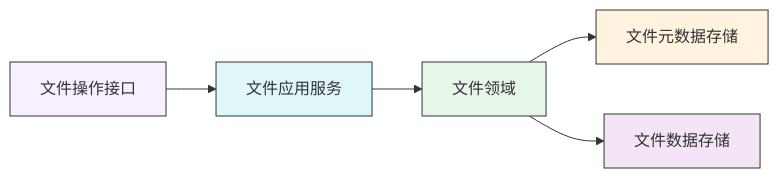
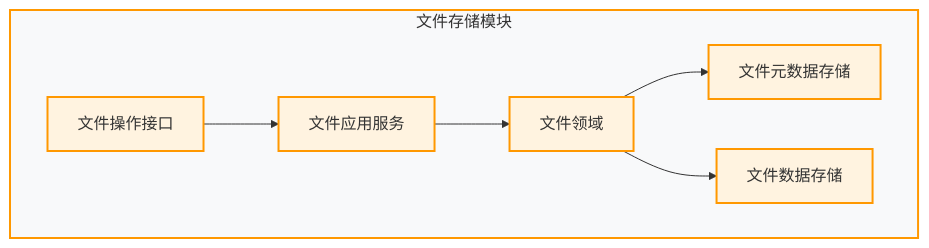
The seventh of 16 diagrams in docs/architecture.md (LeonColes/OSS-BackEnd), drawn with Mermaid before and after one commit. The commit also changed other lines of this file, not shown here.

````diff
--- a/docs/architecture.md
+++ b/docs/architecture.md
@@ -382,13 +437,18 @@
 ```mermaid
 flowchart LR
-    FI[文件操作接口] --> FS[文件应用服务]
-    FS --> FD[文件领域]
-    FD --> FM[文件元数据存储]
-    FD --> FDS[文件数据存储]
+    subgraph StorageModule[文件存储模块]
+        direction LR
+        FI[文件操作接口] --> FS[文件应用服务]
+        FS --> FD[文件领域]
+        FD --> FM[文件元数据存储]
+        FD --> FDS[文件数据存储]
+    end
     
-    style FI fill:#f9f0ff,stroke:#333,stroke-width:1px
-    style FS fill:#e0f7fa,stroke:#333,stroke-width:1px
-    style FD fill:#e8f5e9,stroke:#333,stroke-width:1px
-    style FM fill:#fff3e0,stroke:#333,stroke-width:1px
-    style FDS fill:#f3e5f5,stroke:#333,stroke-width:1px
+    %% 样式设置 - 明亮风格
+    classDef storageModuleStyle fill:#fff3e0,stroke:#ff9800,stroke-width:2px,color:#333
+    
+    class FI,FS,FD,FM,FDS storageModuleStyle
+    
+    %% 设置子图样式
+    style StorageModule fill:#f8f9fa,stroke:#ff9800,stroke-width:2px,color:#333
 ```
````
